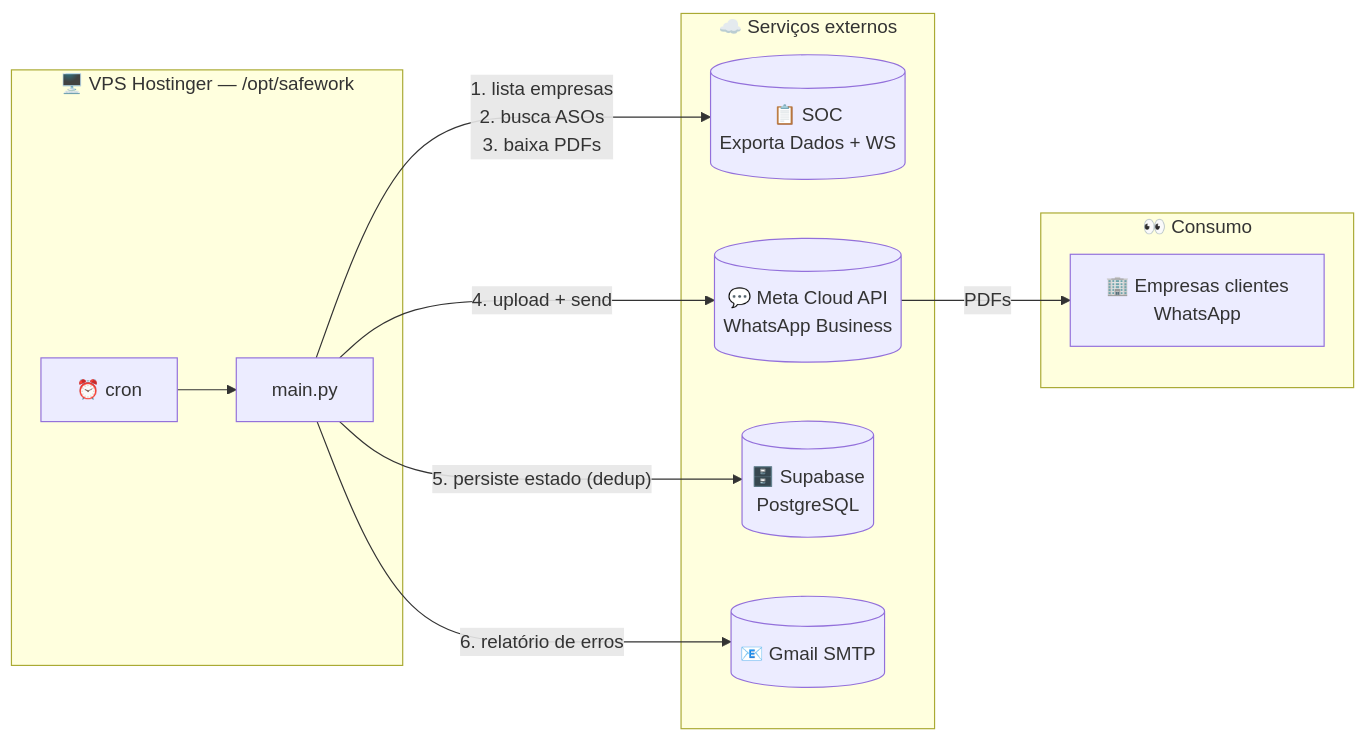
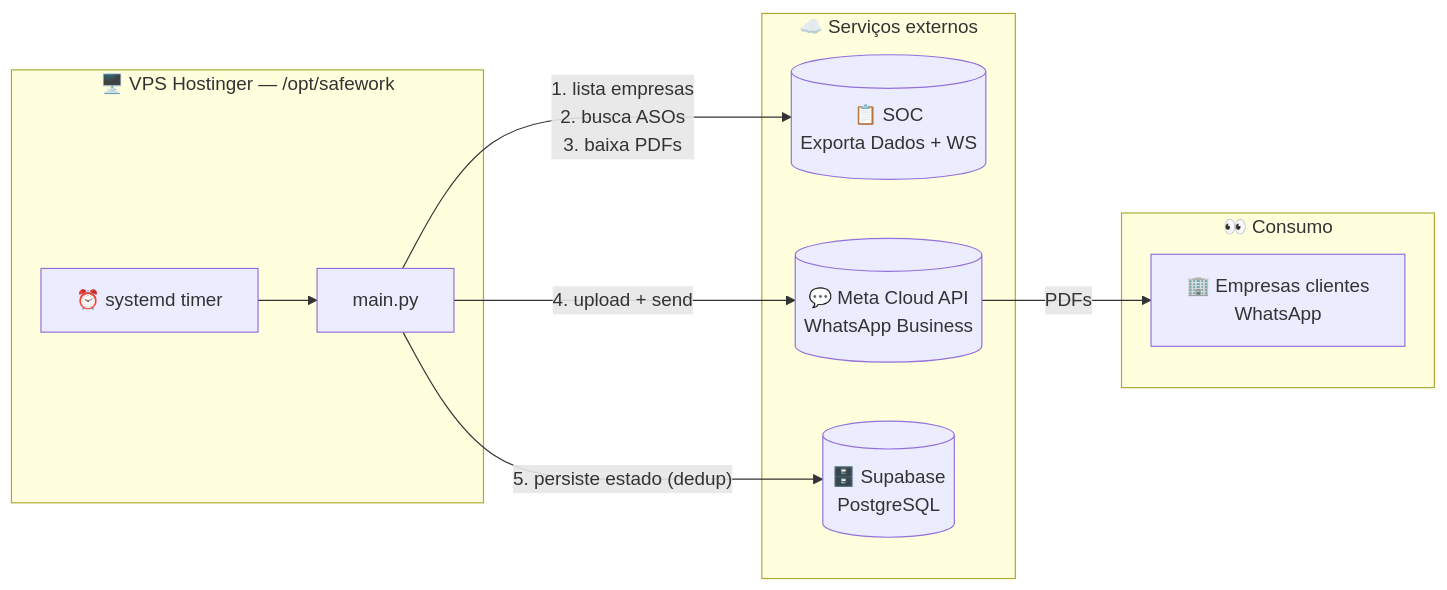
One commit to safehelp-agentes/Mensageria_ASOs changed the first of 8 diagrams in ARCHITECTURE.md. Above: the diagram before and after it, drawn with Mermaid. The commit also changed other lines of this file and 4 other files, not shown here.

````diff
--- a/ARCHITECTURE.md
+++ b/ARCHITECTURE.md
@@ -26,23 +26,21 @@
 ```mermaid
 graph LR
     subgraph SafeWork["🖥️ VPS Hostinger — /opt/safework"]
-        Cron[⏰ cron] --> Main[main.py]
+        Timer[⏰ systemd timer] --> Main[main.py]
     end
 
     subgraph Externos["☁️ Serviços externos"]
         SOC[(📋 SOC<br/>Exporta Dados + WS)]
         Meta[(💬 Meta Cloud API<br/>WhatsApp Business)]
         SB[(🗄️ Supabase<br/>PostgreSQL)]
-        Gmail[(📧 Gmail SMTP)]
     end
 
     subgraph Consumo["👀 Consumo"]
         Empresas[🏢 Empresas clientes<br/>WhatsApp]
     end
 
     Main -->|"1. lista empresas<br/>2. busca ASOs<br/>3. baixa PDFs"| SOC
     Main -->|"4. upload + send"| Meta
     Main -->|"5. persiste estado (dedup)"| SB
-    Main -->|"6. relatório de erros"| Gmail
     Meta -->|"PDFs"| Empresas
 ```
````
